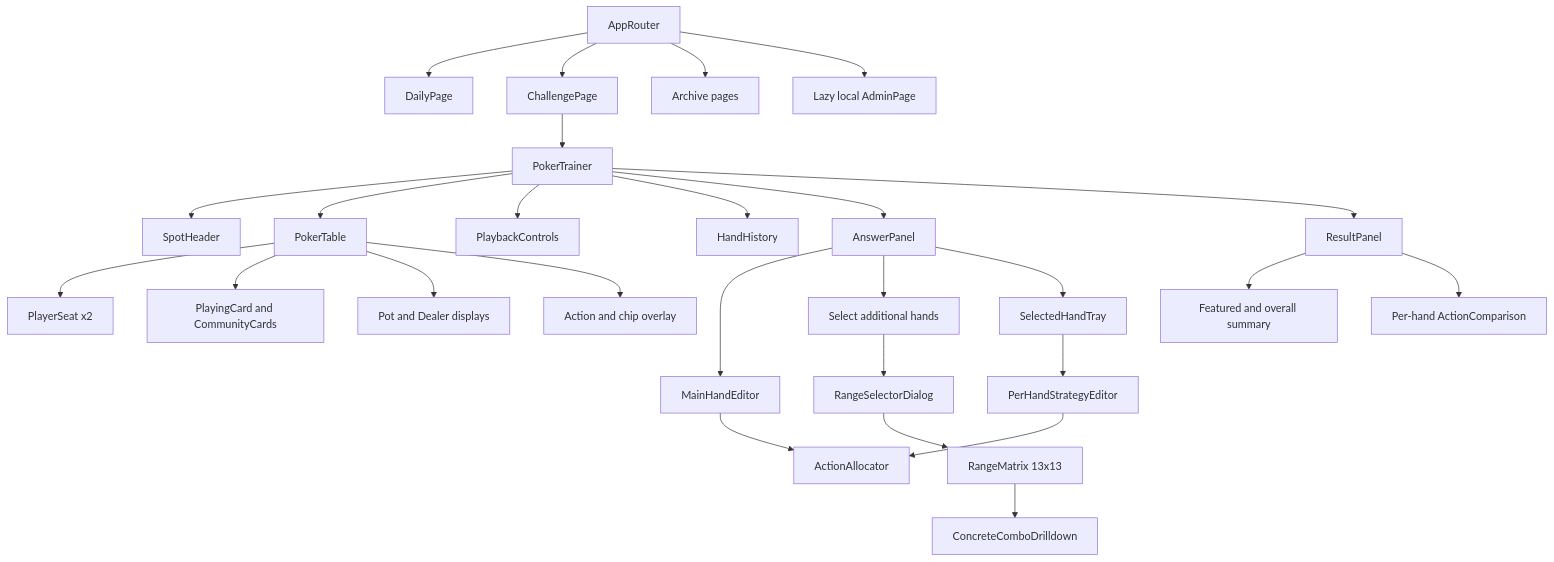
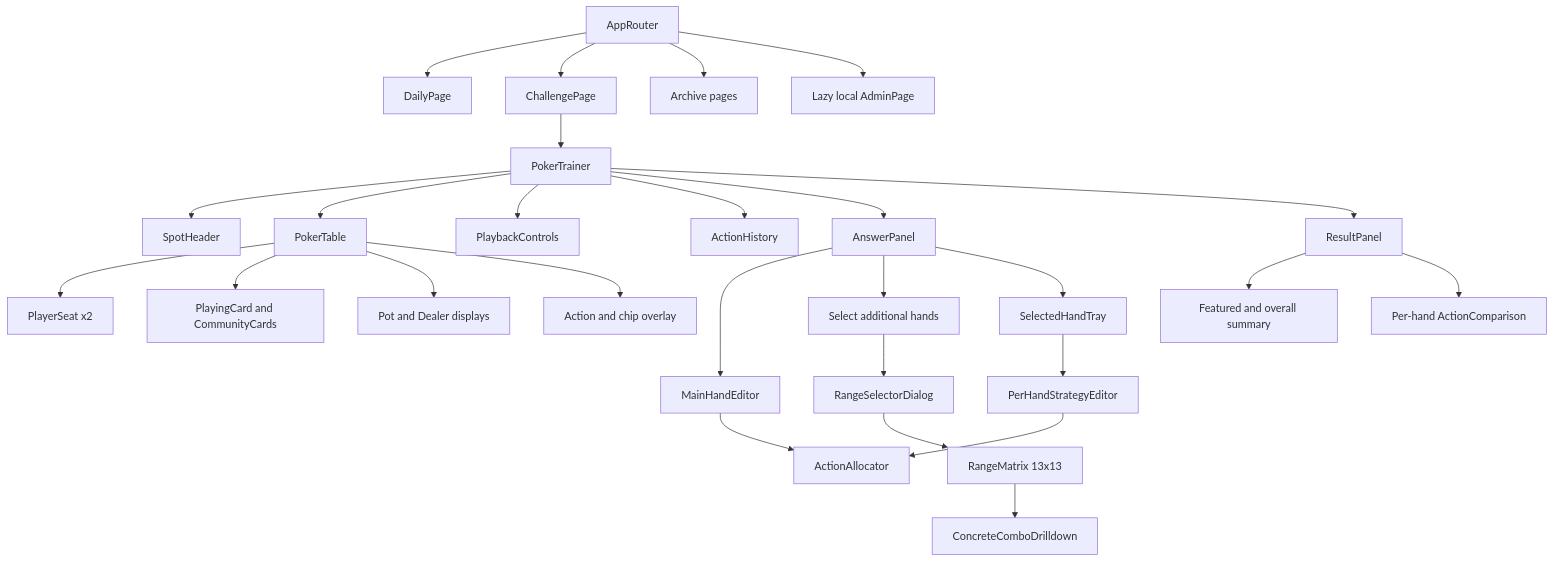
The second of 4 diagrams in frontend-structure.md (AnvithPabba/GTO-Poker-Daily-Spots-Front-End), drawn with Mermaid before and after one commit. The commit also changed other lines of this file and 9 other files, not shown here.

Commit message:
feat(frontend): unify challenge action history

````diff
--- a/frontend-structure.md
+++ b/frontend-structure.md
@@ -215,29 +235,29 @@
 ```mermaid
 flowchart TD
     Router[AppRouter] --> Daily[DailyPage]
     Router --> Challenge[ChallengePage]
     Router --> Archive[Archive pages]
     Router --> Admin[Lazy local AdminPage]
     Challenge --> Trainer[PokerTrainer]
     Trainer --> Header[SpotHeader]
     Trainer --> Table[PokerTable]
     Trainer --> Playback[PlaybackControls]
-    Trainer --> History[HandHistory]
+    Trainer --> History[ActionHistory]
     Trainer --> Answer[AnswerPanel]
     Trainer --> Results[ResultPanel]
     Table --> Seats[PlayerSeat x2]
     Table --> Cards[PlayingCard and CommunityCards]
     Table --> Pot[Pot and Dealer displays]
     Table --> Overlay[Action and chip overlay]
     Answer --> Main[MainHandEditor]
     Main --> Allocator[ActionAllocator]
     Answer --> RangeButton[Select additional hands]
     RangeButton --> Dialog[RangeSelectorDialog]
     Dialog --> Matrix[RangeMatrix 13x13]
     Matrix --> Drill[ConcreteComboDrilldown]
     Answer --> Tray[SelectedHandTray]
     Tray --> Editors[PerHandStrategyEditor]
     Editors --> Allocator
     Results --> Summary[Featured and overall summary]
     Results --> Comparison[Per-hand ActionComparison]
 ```
````
